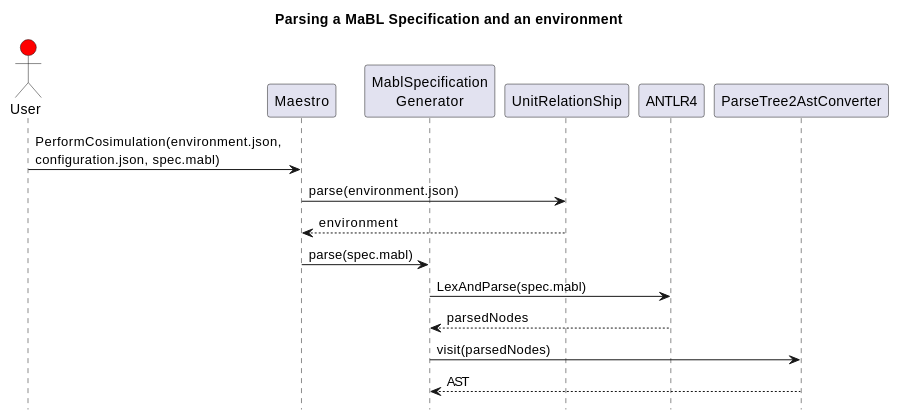
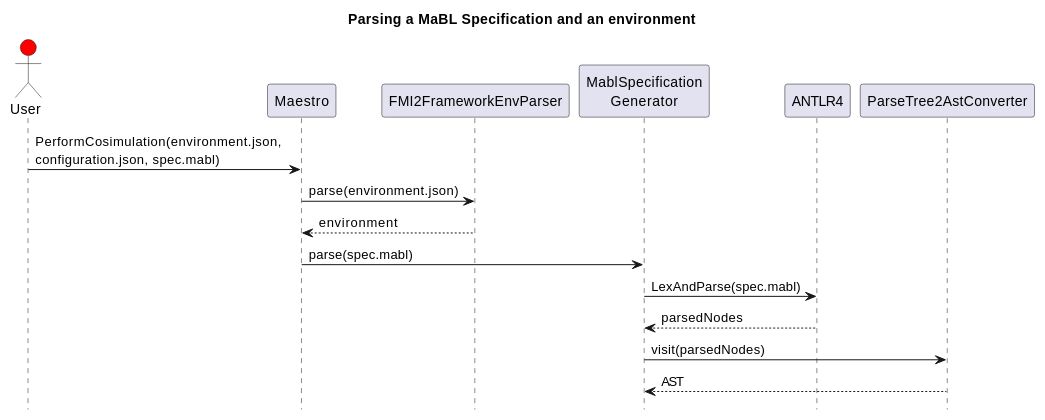
The first of 3 diagrams in docs/developer-overview.rst (INTO-CPS-Association/maestro), drawn with PlantUML before and after one commit. The commit also changed other lines of this file, not shown here.

```diff
--- a/docs/developer-overview.rst
+++ b/docs/developer-overview.rst
@@ -73,17 +76,18 @@
 .. uml::
 
     title Parsing a MaBL Specification and an environment
     hide footbox
 
     actor User #red
     participant Maestro
+    participant FMI2FrameworkEnvParser
     participant "MablSpecification\nGenerator" as MablSpecGen
 
     User -> Maestro: PerformCosimulation(environment.json, \nconfiguration.json, spec.mabl)
-    Maestro -> UnitRelationShip: parse(environment.json)
-    Maestro <-- UnitRelationShip: environment
+    Maestro -> FMI2FrameworkEnvParser: parse(environment.json)
+    Maestro <-- FMI2FrameworkEnvParser: environment
     Maestro -> MablSpecGen: parse(spec.mabl)
     MablSpecGen -> ANTLR4 : LexAndParse(spec.mabl)
     MablSpecGen <-- ANTLR4 : parsedNodes
     MablSpecGen -> ParseTree2AstConverter : visit(parsedNodes)
     MablSpecGen <-- ParseTree2AstConverter : AST
```
